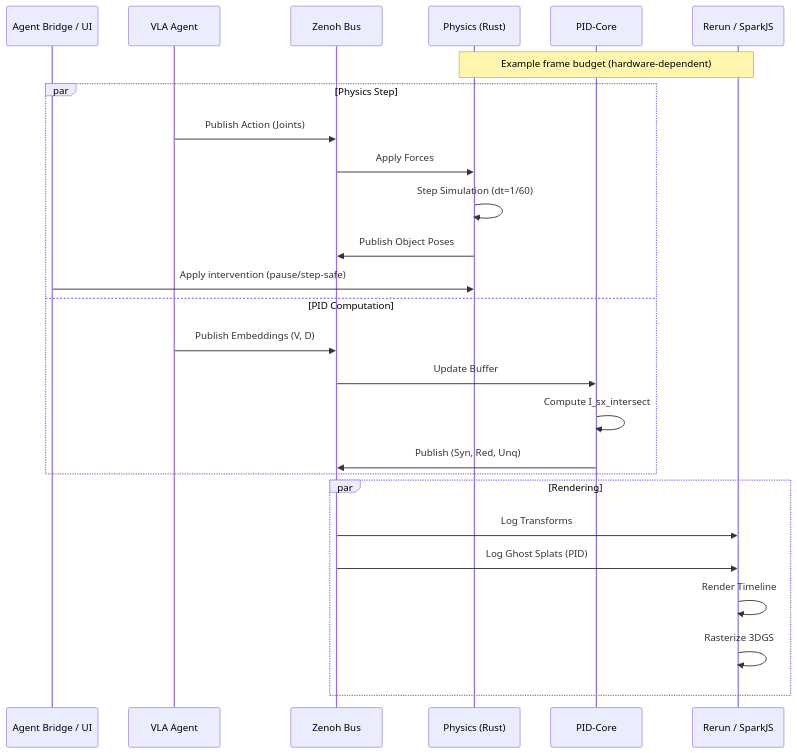
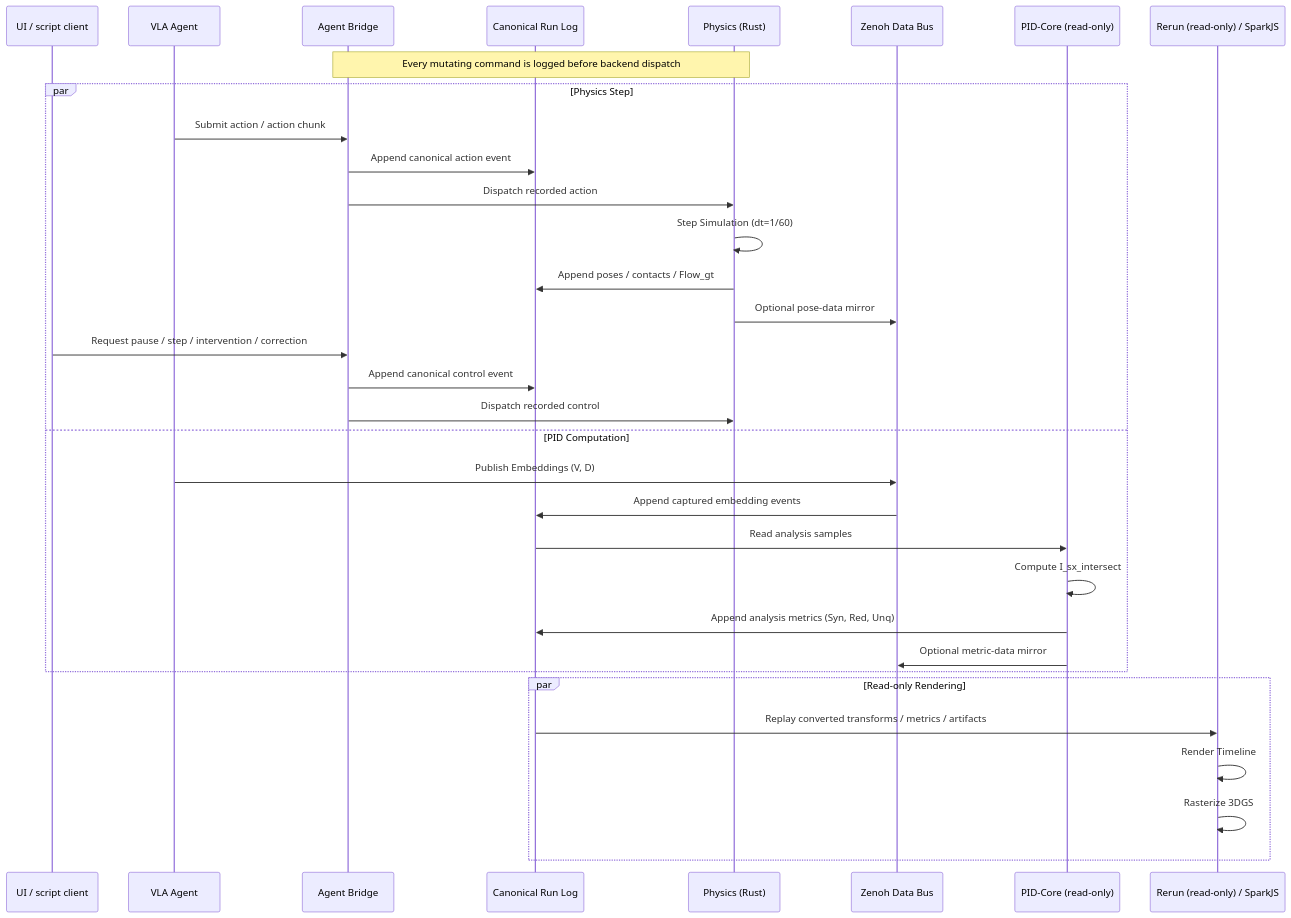
The fifth of 18 diagrams in DIAGRAMS.md (sepahead/prisoma), drawn with Mermaid before and after one commit. The commit also changed other lines of this file and 20 other files, not shown here.

````diff
--- a/DIAGRAMS.md
+++ b/DIAGRAMS.md
@@ -195,31 +206,38 @@
 ```mermaid
 sequenceDiagram
-    participant Agent as Agent Bridge / UI
+    participant Client as UI / script client
     participant VLA as VLA Agent
-    participant Zenoh as Zenoh Bus
+    participant Bridge as Agent Bridge
+    participant Log as Canonical Run Log
     participant Phys as Physics (Rust)
-    participant PID as PID-Core
-    participant Vis as Rerun / SparkJS
+    participant Zenoh as Zenoh Data Bus
+    participant PID as PID-Core (read-only)
+    participant Vis as Rerun (read-only) / SparkJS
 
-    Note over Phys,Vis: Example frame budget (hardware-dependent)
+    Note over Bridge,Phys: Every mutating command is logged before backend dispatch
 
     par Physics Step
-        VLA->>Zenoh: Publish Action (Joints)
-        Zenoh->>Phys: Apply Forces
+        VLA->>Bridge: Submit action / action chunk
+        Bridge->>Log: Append canonical action event
+        Bridge->>Phys: Dispatch recorded action
         Phys->>Phys: Step Simulation (dt=1/60)
-        Phys->>Zenoh: Publish Object Poses
-        Agent->>Phys: Apply intervention (pause/step-safe)
+        Phys->>Log: Append poses / contacts / Flow_gt
+        Phys->>Zenoh: Optional pose-data mirror
+        Client->>Bridge: Request pause / step / intervention / correction
+        Bridge->>Log: Append canonical control event
+        Bridge->>Phys: Dispatch recorded control
     and PID Computation
         VLA->>Zenoh: Publish Embeddings (V, D)
-        Zenoh->>PID: Update Buffer
+        Zenoh->>Log: Append captured embedding events
+        Log->>PID: Read analysis samples
         PID->>PID: Compute I_sx_intersect
-        PID->>Zenoh: Publish (Syn, Red, Unq)
+        PID->>Log: Append analysis metrics (Syn, Red, Unq)
+        PID->>Zenoh: Optional metric-data mirror
     end
 
-    par Rendering
-        Zenoh->>Vis: Log Transforms
-        Zenoh->>Vis: Log Ghost Splats (PID)
+    par Read-only Rendering
+        Log->>Vis: Replay converted transforms / metrics / artifacts
         Vis->>Vis: Render Timeline
         Vis->>Vis: Rasterize 3DGS
     end
 ```
````
